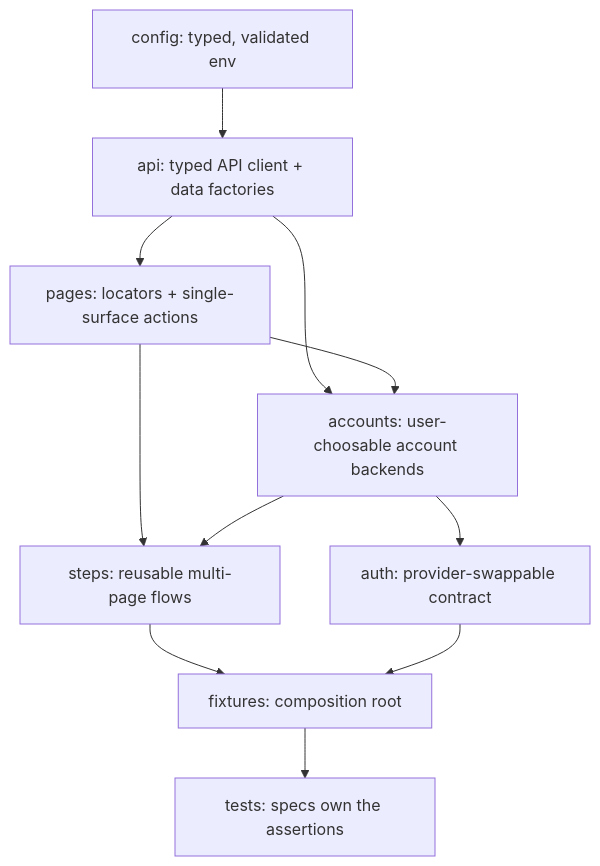
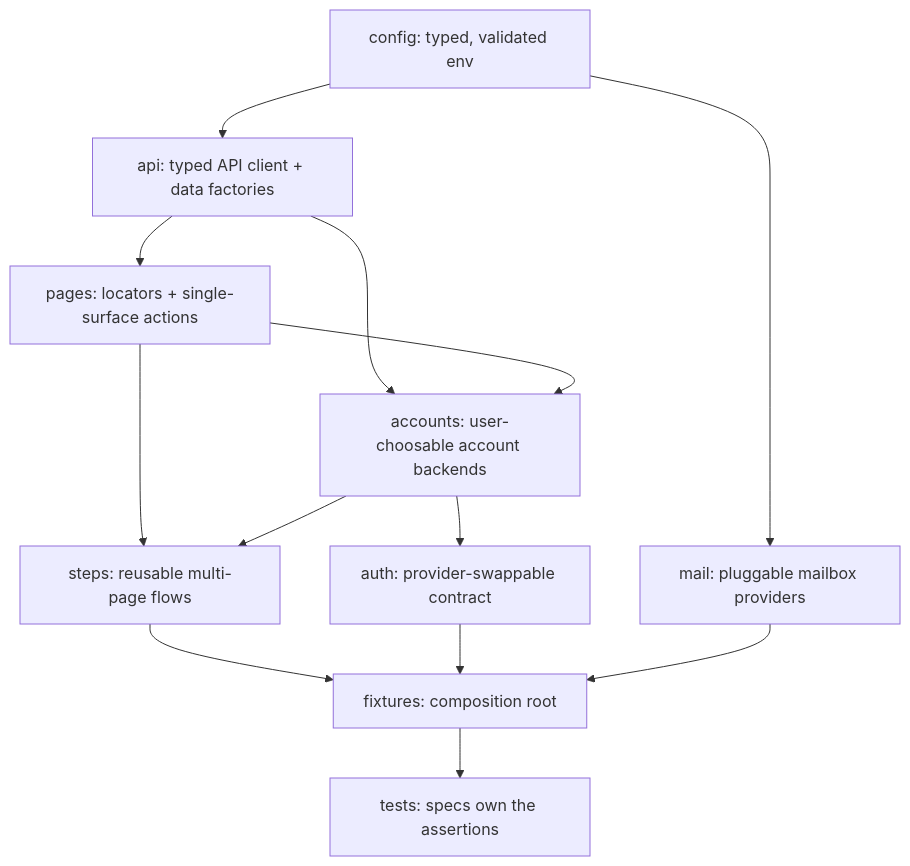
Before and after one commit to openedx/end-to-end-tests: the diagram in ARCHITECTURE.md, drawn with Mermaid. The commit also changed other lines of this file and 27 other files, not shown here.

Commit message:
feat: Epic 13 updates for mail capture, config

````diff
--- a/ARCHITECTURE.md
+++ b/ARCHITECTURE.md
@@ -13,22 +13,25 @@
 ```mermaid
 graph TD
     config[config: typed, validated env]
     api[api: typed API client + data factories]
     pages[pages: locators + single-surface actions]
     steps[steps: reusable multi-page flows]
     fixtures[fixtures: composition root]
     tests[tests: specs own the assertions]
     accounts[accounts: user-choosable account backends]
+    mail[mail: pluggable mailbox providers]
     auth[auth: provider-swappable contract]
 
     config --> api
     api --> pages
     pages --> steps
     steps --> fixtures
     fixtures --> tests
     api --> accounts
     pages --> accounts
     accounts --> auth
     accounts --> steps
     auth --> fixtures
+    config --> mail
+    mail --> fixtures
 ```
````
